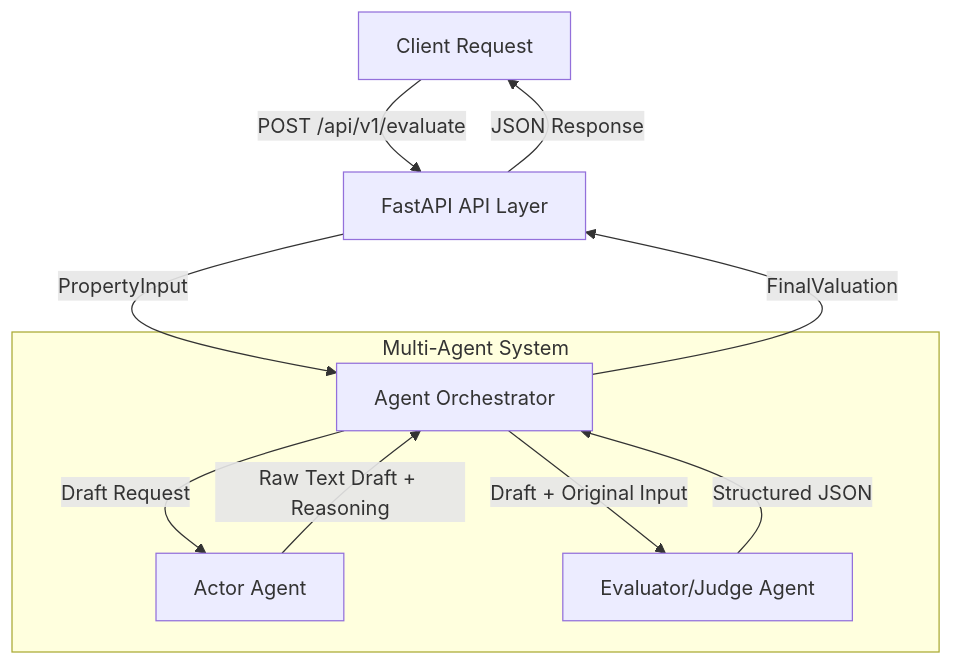
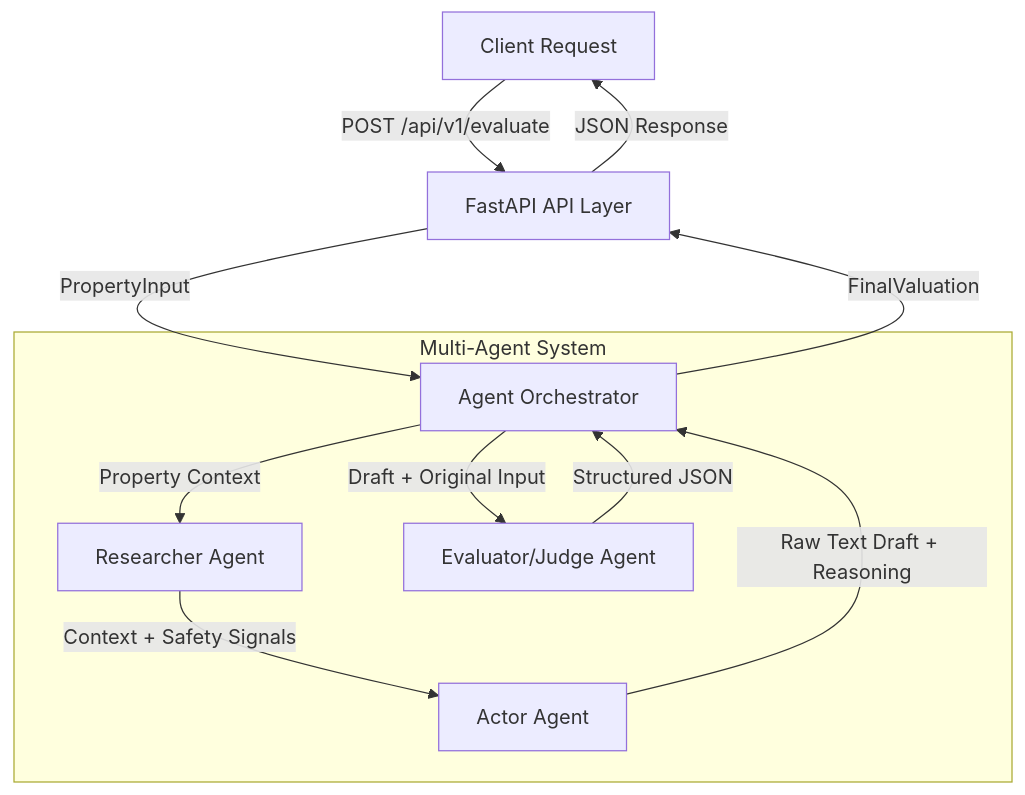
Before and after one commit to R123456-123/oracle-flow: the diagram in readme.md, drawn with Mermaid. The commit also changed other lines of this file, not shown here.

````diff
--- a/readme.md
+++ b/readme.md
@@ -13,15 +13,16 @@
 ```mermaid
 graph TD
     Client[Client Request] -->|POST /api/v1/evaluate| API[FastAPI API Layer]
     API -->|PropertyInput| Orchestrator[Agent Orchestrator]
 
     subgraph Multi-Agent System
-        Orchestrator -->|Draft Request| Actor[Actor Agent]
+        Orchestrator -->|Property Context| Researcher[Researcher Agent]
+        Researcher -->|Context + Safety Signals| Actor[Actor Agent]
         Actor -->|Raw Text Draft + Reasoning| Orchestrator
         Orchestrator -->|Draft + Original Input| Evaluator[Evaluator/Judge Agent]
     end
 
     Evaluator -->|Structured JSON| Orchestrator
     Orchestrator -->|FinalValuation| API
     API -->|JSON Response| Client
 ```
````
